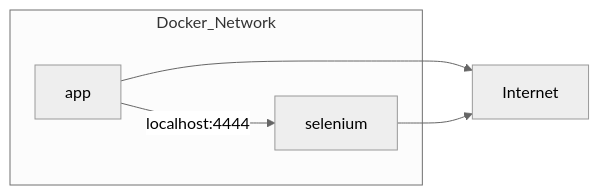
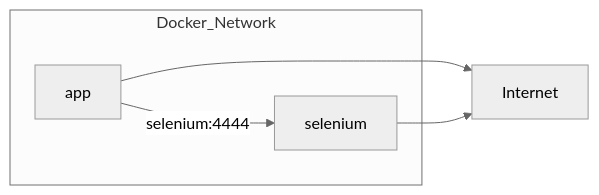
One commit to catdance124/sample_docker-vpn changed the first of 2 diagrams in README.md. Above: the diagram before and after it, drawn with Mermaid (neutral theme). The commit also changed other lines of this file, not shown here.

````diff
--- a/README.md
+++ b/README.md
@@ -39,11 +39,11 @@
 ```mermaid
 flowchart LR
     subgraph Docker_Network
         app["app"]
         selenium["selenium"]
     end
 
-    app -- "localhost:4444" --> selenium
+    app -- "selenium:4444" --> selenium
     app --> Internet["Internet"]
     selenium --> Internet
 ```
````
